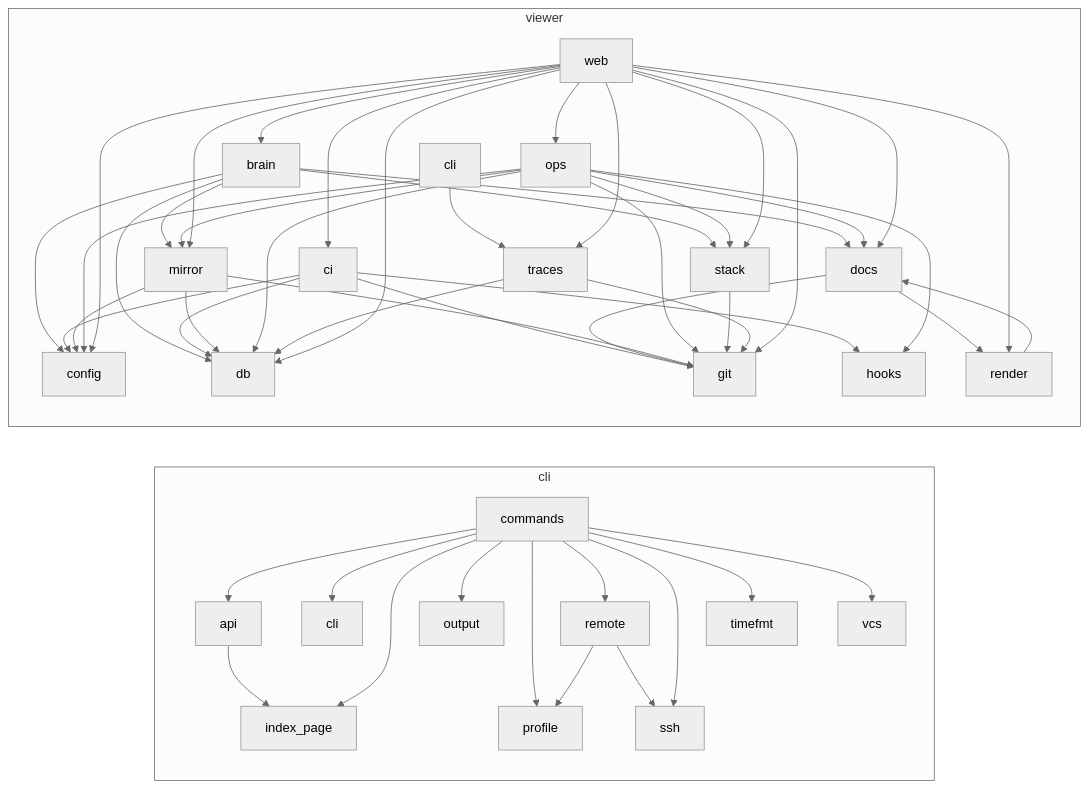
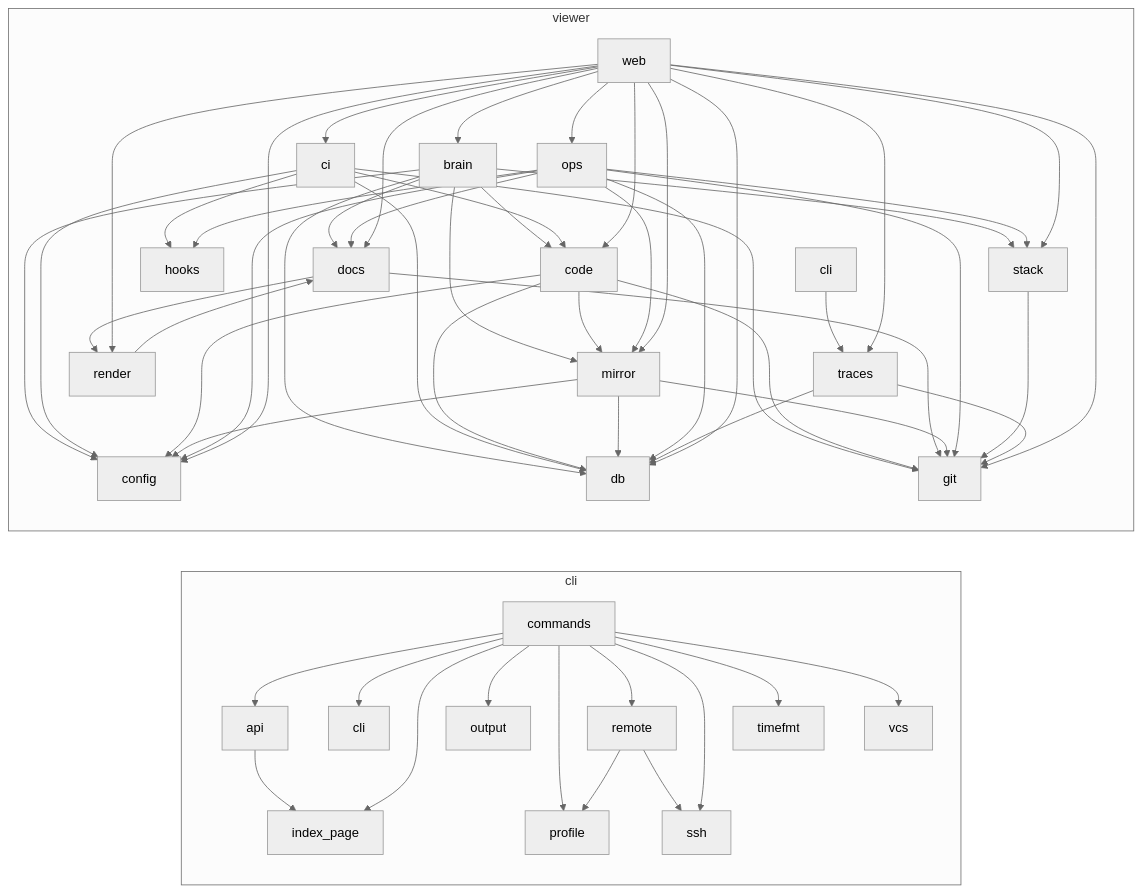
Before and after one commit to matthiasdebernardini/nashcode: the second of 2 diagrams in ARCHITECTURE.md, drawn with Mermaid (neutral theme). The commit also changed 5 other files, not shown here.

First line of the commit message:
Code intelligence: GET /:repo/code/graph, the bulk dump

```diff
--- a/ARCHITECTURE.md
+++ b/ARCHITECTURE.md
@@ -67,6 +67,7 @@
     viewer_brain[brain]
     viewer_ci[ci]
     viewer_cli[cli]
+    viewer_code[code]
     viewer_config[config]
     viewer_db[db]
     viewer_docs[docs]
@@ -79,16 +80,22 @@
     viewer_traces[traces]
     viewer_web[web]
   end
+  viewer_brain --> viewer_code
   viewer_brain --> viewer_config
   viewer_brain --> viewer_db
   viewer_brain --> viewer_docs
   viewer_brain --> viewer_mirror
   viewer_brain --> viewer_stack
+  viewer_ci --> viewer_code
   viewer_ci --> viewer_config
   viewer_ci --> viewer_db
   viewer_ci --> viewer_git
   viewer_ci --> viewer_hooks
   viewer_cli --> viewer_traces
+  viewer_code --> viewer_config
+  viewer_code --> viewer_db
+  viewer_code --> viewer_git
+  viewer_code --> viewer_mirror
   viewer_docs --> viewer_git
   viewer_docs --> viewer_render
   viewer_mirror --> viewer_config
@@ -107,6 +114,7 @@
   viewer_traces --> viewer_git
   viewer_web --> viewer_brain
   viewer_web --> viewer_ci
+  viewer_web --> viewer_code
   viewer_web --> viewer_config
   viewer_web --> viewer_db
   viewer_web --> viewer_docs
```
